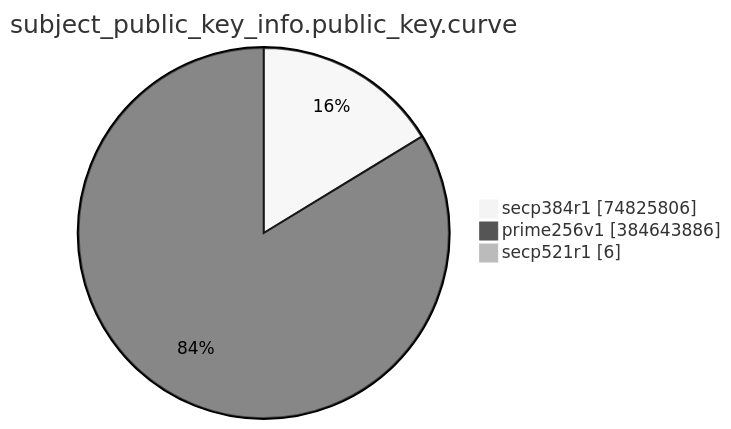
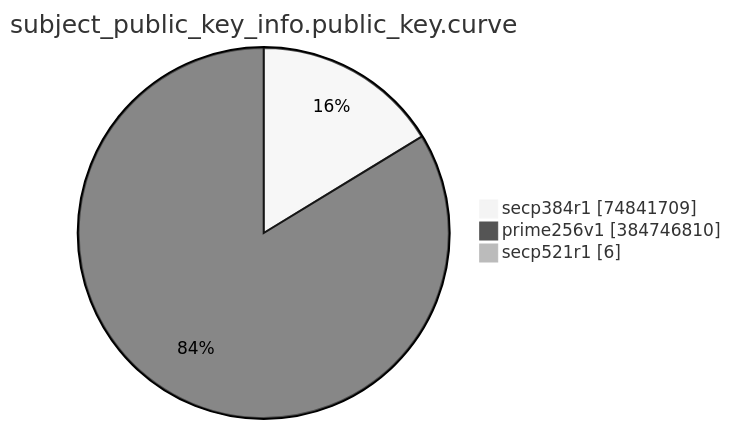
The eighth of 15 diagrams in TOTAL/README.md (christiankrug/ctmonitor_visualization), drawn with Mermaid (neutral theme) before and after one commit. The commit also changed other lines of this file, not shown here.

````diff
--- a/TOTAL/README.md
+++ b/TOTAL/README.md
@@ -3094,7 +3094,7 @@
 ```mermaid
 pie showData
 title subject_public_key_info.public_key.curve
-"secp384r1" :74825806
-"prime256v1" :384643886
+"secp384r1" :74841709
+"prime256v1" :384746810
 "secp521r1" :6
 ```
````
